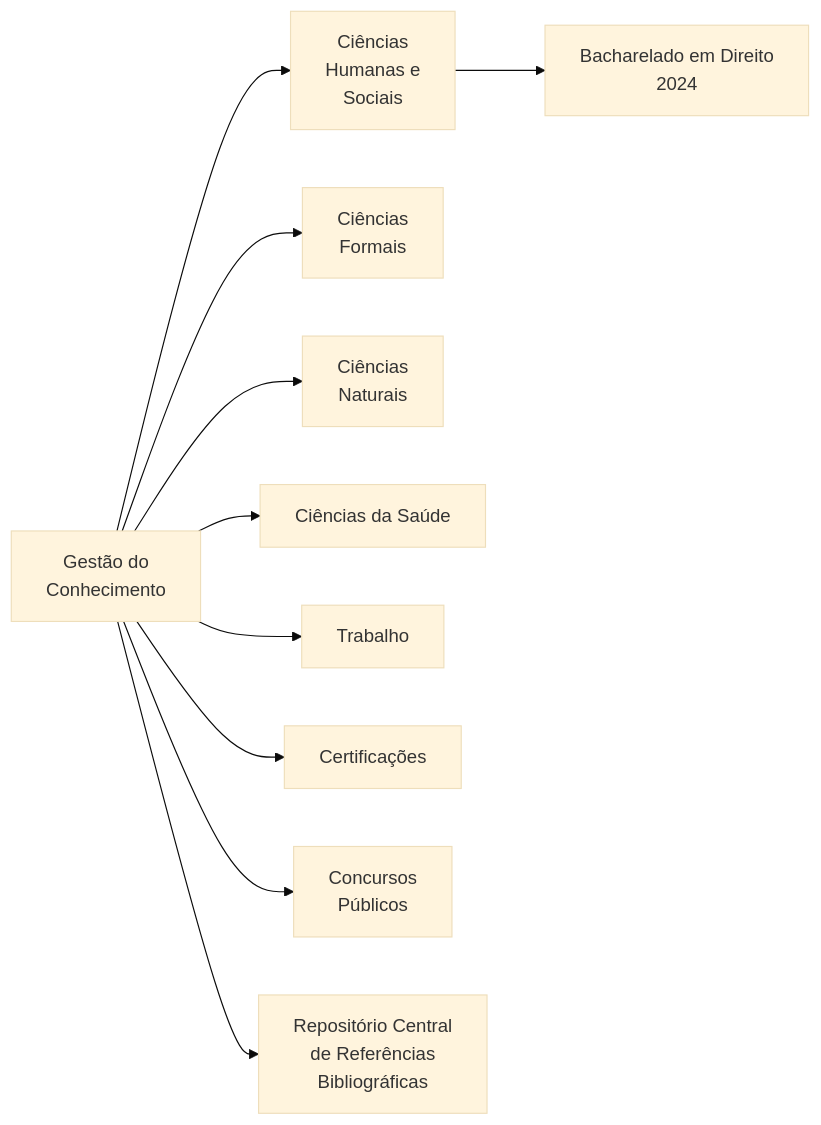
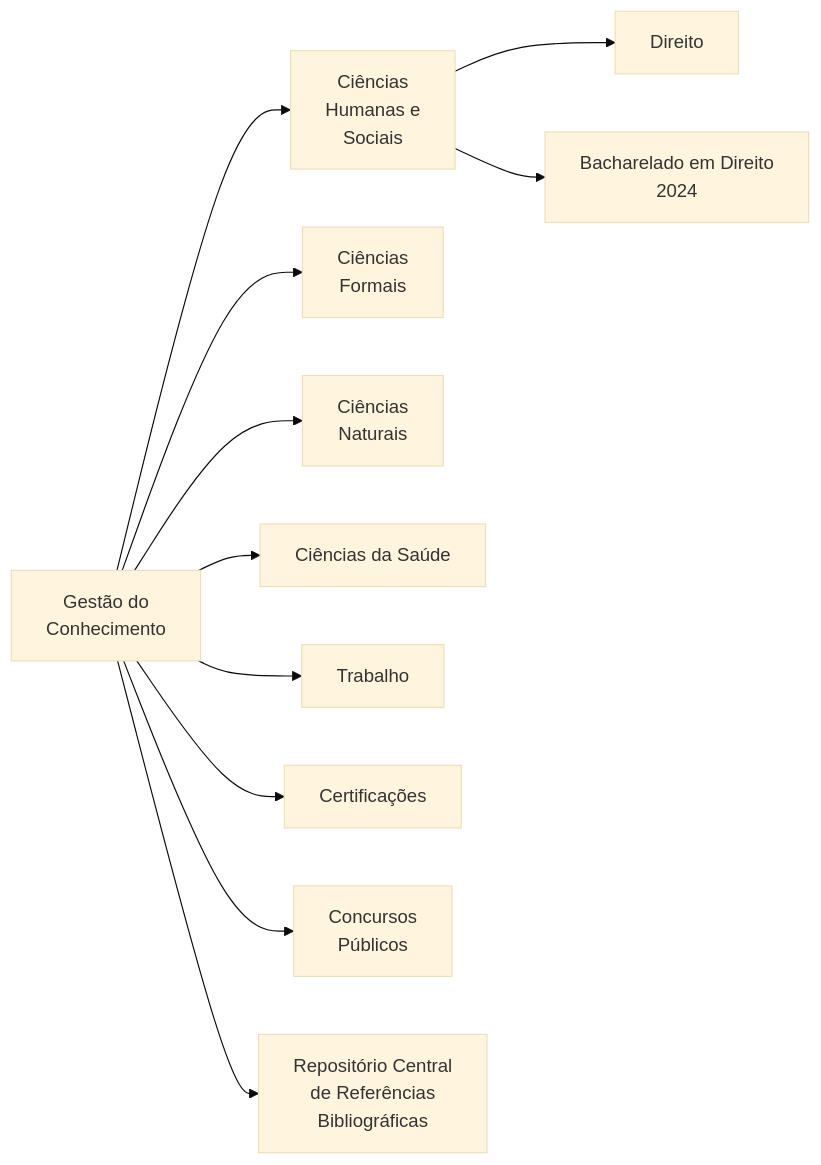
One commit to dnlclaudino/gestao-do-conhecimento changed the third of 5 diagrams in README.md. Above: the diagram before and after it, drawn with Mermaid (base theme).

Commit message:
Revisar: mapa mental da seção "Áreas para Minha Gestão do Conhecimento"

````diff
--- a/README.md
+++ b/README.md
@@ -136,12 +136,13 @@
 ```mermaid
 graph LR;
 A[Gestão do<br>Conhecimento ]-->CHS[Ciências<br>Humanas e<br>Sociais]
+    CHS-->D[Direito]
     CHS-->BD[Bacharelado em Direito<br>2024]
   A-->CF[Ciências<br>Formais];
   A-->CN[Ciências<br>Naturais];
   A-->CS[Ciências da Saúde];
   A-->PRO[Trabalho];
   A-->CERT[Certificações];
   A-->CP[Concursos<br>Públicos];
   A-->RCRB[Repositório Central<br>de Referências<br>Bibliográficas]
 ```
````
